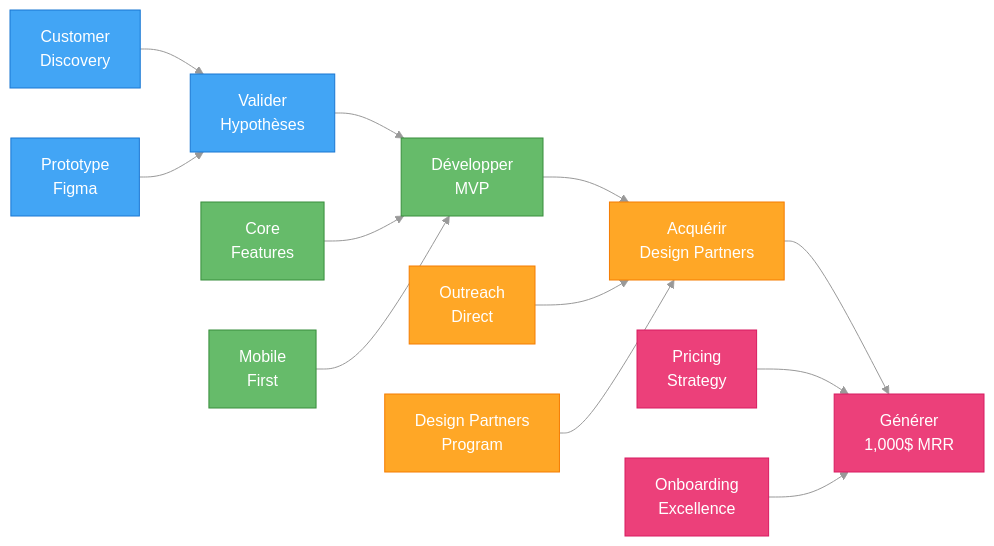
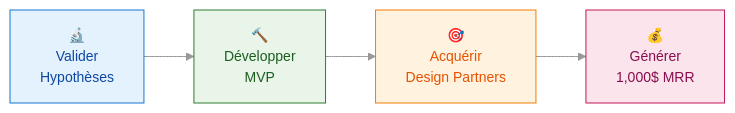
One commit to MacroMan5/project_a3e_beta changed the first of 5 diagrams in project/6_product_specifications/PRD_PHASE1_MVP.md. Above: the diagram before and after it, drawn with Mermaid. The commit also changed other lines of this file and 16 other files, not shown here.

````diff
--- a/project/6_product_specifications/PRD_PHASE1_MVP.md
+++ b/project/6_product_specifications/PRD_PHASE1_MVP.md
@@ -32,29 +32,17 @@
 ```mermaid
-%%{init: {'theme': 'base', 'themeVariables': { 'primaryColor': '#f5f5f5', 'lineColor': '#999'}}}%%
+%%{init: {'theme': 'base', 'themeVariables': { 'primaryColor': '#f5f5f5', 'lineColor': '#999', 'fontFamily': 'Roboto, sans-serif'}}}%%
 graph LR
-    classDef validate fill:#42A5F5,stroke:#1976D2,color:white
-    classDef build fill:#66BB6A,stroke:#388E3C,color:white
-    classDef acquire fill:#FFA726,stroke:#F57C00,color:white
-    classDef growth fill:#EC407A,stroke:#D81B60,color:white
-
-    V[Valider<br/>Hypothèses] --> B[Développer<br/>MVP]
-    B --> A[Acquérir<br/>Design Partners]
-    A --> G[Générer<br/>1,000$ MRR]
+    V[🔬<br/>Valider<br/>Hypothèses] --> B[🔨<br/>Développer<br/>MVP]
+    B --> A[🎯<br/>Acquérir<br/>Design Partners]
+    A --> G[💰<br/>Générer<br/>1,000$ MRR]
     
-    V1[Customer<br/>Discovery] --> V
-    V2[Prototype<br/>Figma] --> V
+    classDef validate fill:#E3F2FD,stroke:#1976D2,color:#0D47A1,font-size:14px
+    classDef build fill:#E8F5E8,stroke:#2E7D32,color:#1B5E20,font-size:14px
+    classDef acquire fill:#FFF3E0,stroke:#F57C00,color:#E65100,font-size:14px
+    classDef growth fill:#FCE4EC,stroke:#C2185B,color:#880E4F,font-size:14px
     
-    B1[Core<br/>Features] --> B
-    B2[Mobile<br/>First] --> B
-    
-    A1[Outreach<br/>Direct] --> A
-    A2[Design Partners<br/>Program] --> A
-    
-    G1[Pricing<br/>Strategy] --> G
-    G2[Onboarding<br/>Excellence] --> G
-    
-    class V,V1,V2 validate
-    class B,B1,B2 build
-    class A,A1,A2 acquire
-    class G,G1,G2 growth
+    class V validate
+    class B build
+    class A acquire
+    class G growth
 ```
````
